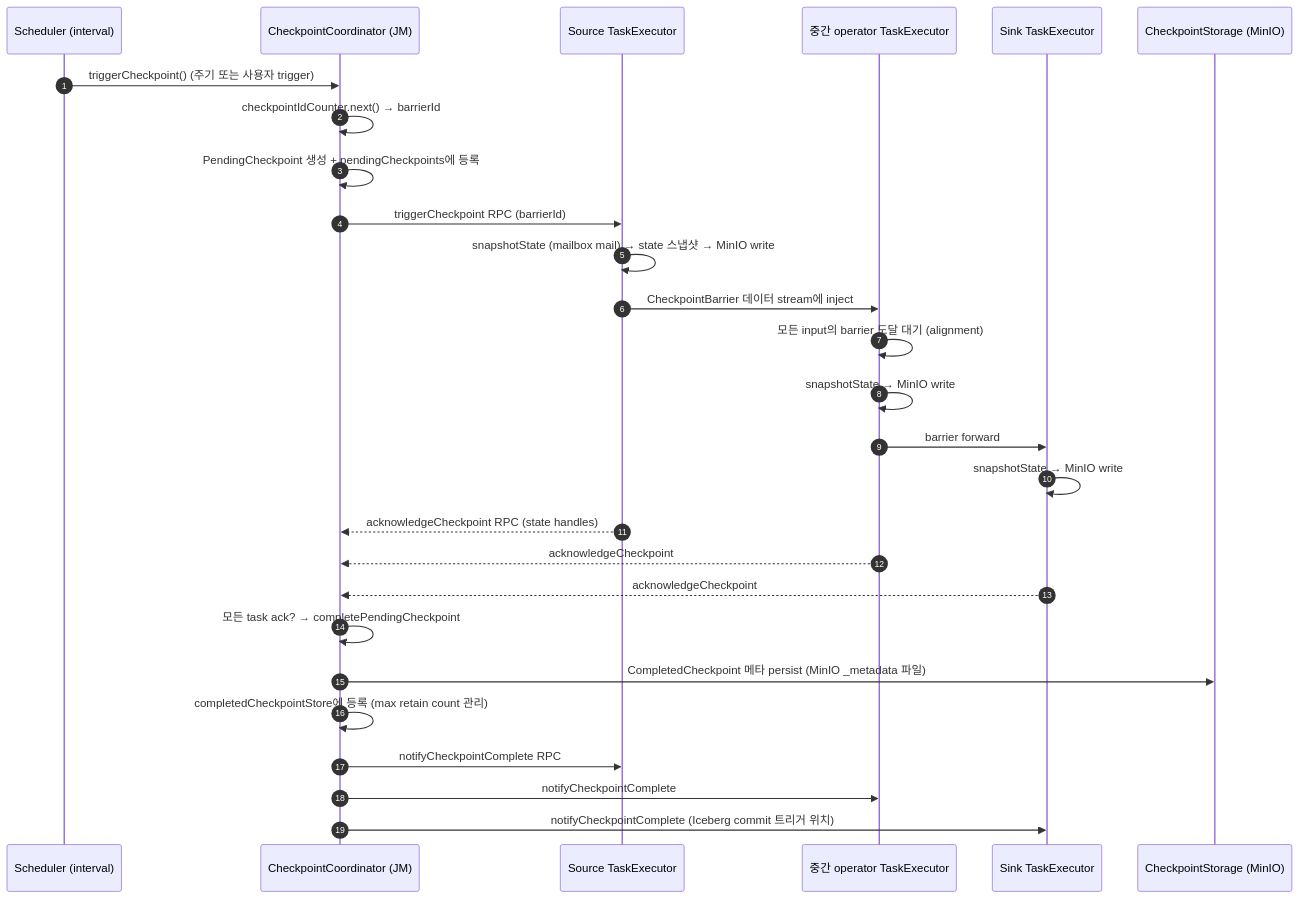
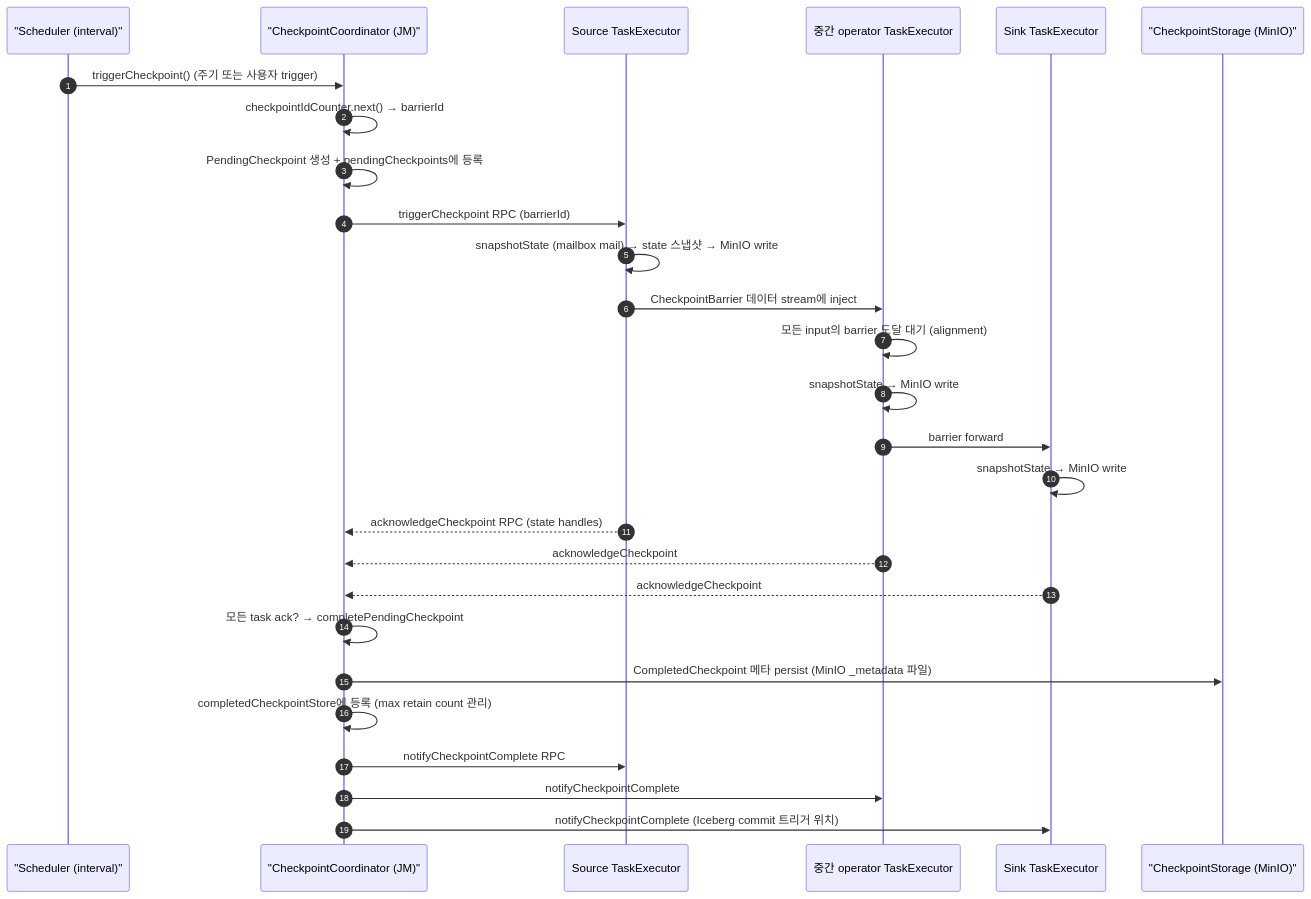
Before and after one commit to pinwheel-m83/flink: the diagram in dkdocs/05-state-checkpoint/01-checkpoint-coordinator.md, drawn with Mermaid. The commit also changed 9 other files, not shown here.

First line of the commit message:
dkdocs: fix mermaid sequenceDiagram syntax — quote participant alias + escape <Type>

````diff
--- a/dkdocs/05-state-checkpoint/01-checkpoint-coordinator.md
+++ b/dkdocs/05-state-checkpoint/01-checkpoint-coordinator.md
@@ -50,30 +50,30 @@
 ```mermaid
 sequenceDiagram
     autonumber
-    participant Sched as Scheduler (interval)
-    participant Coord as CheckpointCoordinator (JM)
+    participant Sched as "Scheduler (interval)"
+    participant Coord as "CheckpointCoordinator (JM)"
     participant Source as Source TaskExecutor
     participant Op as 중간 operator TaskExecutor
     participant Sink as Sink TaskExecutor
-    participant Store as CheckpointStorage (MinIO)
+    participant Store as "CheckpointStorage (MinIO)"
 
     Sched->>Coord: triggerCheckpoint() (주기 또는 사용자 trigger)
     Coord->>Coord: checkpointIdCounter.next() → barrierId
     Coord->>Coord: PendingCheckpoint 생성 + pendingCheckpoints에 등록
     Coord->>Source: triggerCheckpoint RPC (barrierId)
     Source->>Source: snapshotState (mailbox mail) → state 스냅샷 → MinIO write
     Source->>Op: CheckpointBarrier 데이터 stream에 inject
     Op->>Op: 모든 input의 barrier 도달 대기 (alignment)
     Op->>Op: snapshotState → MinIO write
     Op->>Sink: barrier forward
     Sink->>Sink: snapshotState → MinIO write
     Source-->>Coord: acknowledgeCheckpoint RPC (state handles)
     Op-->>Coord: acknowledgeCheckpoint
     Sink-->>Coord: acknowledgeCheckpoint
     Coord->>Coord: 모든 task ack? → completePendingCheckpoint
     Coord->>Store: CompletedCheckpoint 메타 persist (MinIO _metadata 파일)
     Coord->>Coord: completedCheckpointStore에 등록 (max retain count 관리)
     Coord->>Source: notifyCheckpointComplete RPC
     Coord->>Op: notifyCheckpointComplete
     Coord->>Sink: notifyCheckpointComplete (Iceberg commit 트리거 위치)
 ```
````
